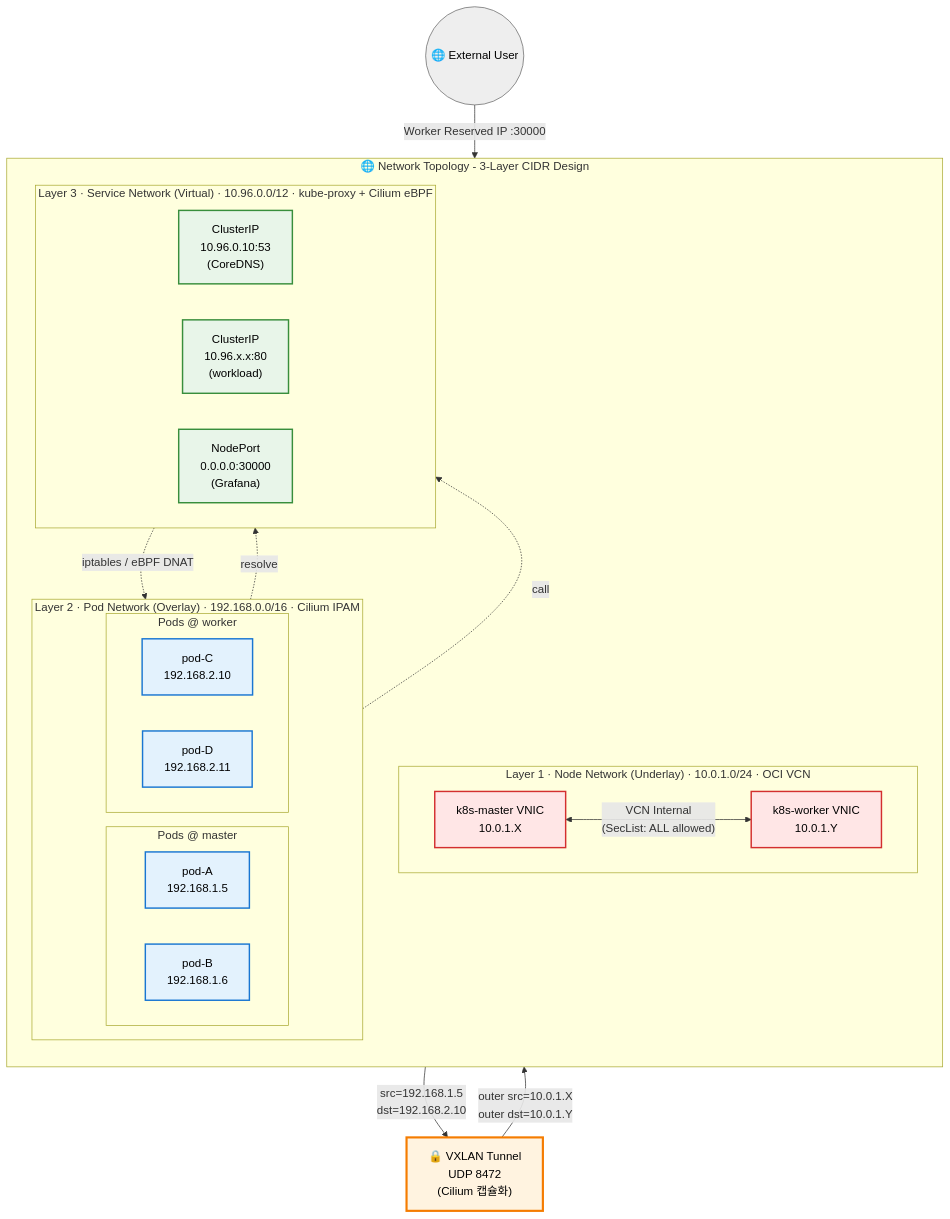
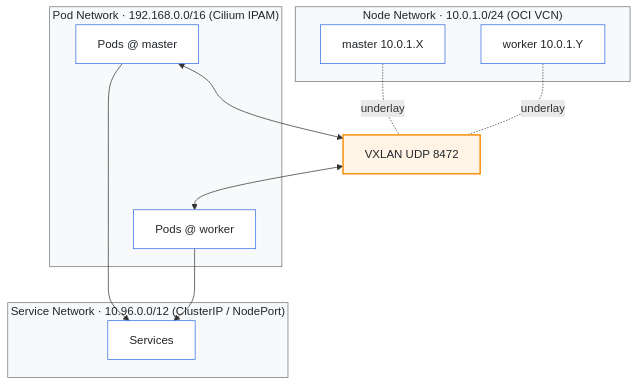
One commit to TaekyuKo/oci-k8s-production changed the second of 4 diagrams in README.md. Above: the diagram before and after it, drawn with Mermaid. The commit also changed other lines of this file, not shown here.

First line of the commit message:
Revise architecture and network topology sections

````diff
--- a/README.md
+++ b/README.md
@@ -127,50 +92,30 @@
 ```mermaid
 flowchart TB
-    classDef nodeNet fill:#FFE6E6,stroke:#D32F2F,stroke-width:2px,color:#000
-    classDef podNet fill:#E3F2FD,stroke:#1976D2,stroke-width:2px,color:#000
-    classDef svcNet fill:#E8F5E9,stroke:#388E3C,stroke-width:2px,color:#000
-    classDef ext fill:#EEEEEE,stroke:#666,color:#000
-    classDef tun fill:#FFF3E0,stroke:#F57C00,stroke-width:3px,color:#000
+    classDef layer fill:#F8F9FA,stroke:#6C757D,stroke-width:1px,color:#212529
+    classDef item  fill:#FFFFFF,stroke:#326CE5,stroke-width:1px,color:#212529
+    classDef tun   fill:#FFF4E6,stroke:#FB8C00,stroke-width:2px,color:#212529
 
-    subgraph LAYERS["🌐 Network Topology - 3-Layer CIDR Design"]
-        direction TB
-
-        subgraph L1["Layer 1 · Node Network (Underlay)  ·  10.0.1.0/24  ·  OCI VCN"]
-            direction LR
-            N_M["k8s-master VNIC<br/>10.0.1.X"]:::nodeNet
-            N_W["k8s-worker VNIC<br/>10.0.1.Y"]:::nodeNet
-            N_M <-->|"VCN Internal<br/>(SecList: ALL allowed)"| N_W
-        end
-
-        subgraph L2["Layer 2 · Pod Network (Overlay)  ·  192.168.0.0/16  ·  Cilium IPAM"]
-            direction LR
-            subgraph PODS_M["Pods @ master"]
-                P_M1["pod-A<br/>192.168.1.5"]:::podNet
-                P_M2["pod-B<br/>192.168.1.6"]:::podNet
-            end
-            subgraph PODS_W["Pods @ worker"]
-                P_W1["pod-C<br/>192.168.2.10"]:::podNet
-                P_W2["pod-D<br/>192.168.2.11"]:::podNet
-            end
-        end
-
-        subgraph L3["Layer 3 · Service Network (Virtual)  ·  10.96.0.0/12  ·  kube-proxy + Cilium eBPF"]
-            direction LR
-            SVC1["ClusterIP<br/>10.96.0.10:53<br/>(CoreDNS)"]:::svcNet
-            SVC2["ClusterIP<br/>10.96.x.x:80<br/>(workload)"]:::svcNet
-            SVC3["NodePort<br/>0.0.0.0:30000<br/>(Grafana)"]:::svcNet
-        end
+    subgraph L1["Node Network · 10.0.1.0/24  (OCI VCN)"]
+        NM[master  10.0.1.X]:::item
+        NW[worker  10.0.1.Y]:::item
     end
 
-    TUN["🔒 VXLAN Tunnel<br/>UDP 8472<br/>(Cilium 캡슐화)"]:::tun
+    subgraph L2["Pod Network · 192.168.0.0/16  (Cilium IPAM)"]
+        PM[Pods @ master]:::item
+        PW[Pods @ worker]:::item
+    end
 
-    P_M1 -->|"src=192.168.1.5<br/>dst=192.168.2.10"| TUN
-    TUN -->|"outer src=10.0.1.X<br/>outer dst=10.0.1.Y"| P_W1
+    subgraph L3["Service Network · 10.96.0.0/12  (ClusterIP / NodePort)"]
+        SVC[Services]:::item
+    end
 
-    P_M2 -.->|resolve| SVC1
-    P_W2 -.->|call| SVC2
+    TUN[VXLAN  UDP 8472]:::tun
 
-    EXT((🌐 External User)):::ext
-    EXT -->|"Worker Reserved IP :30000"| SVC3
-    SVC3 -.->|iptables / eBPF DNAT| P_W1
+    PM <--> TUN <--> PW
+    NM -. underlay .- TUN
+    NW -. underlay .- TUN
+    PM --> SVC
+    PW --> SVC
+
+    class L1,L2,L3 layer
 ```
````
